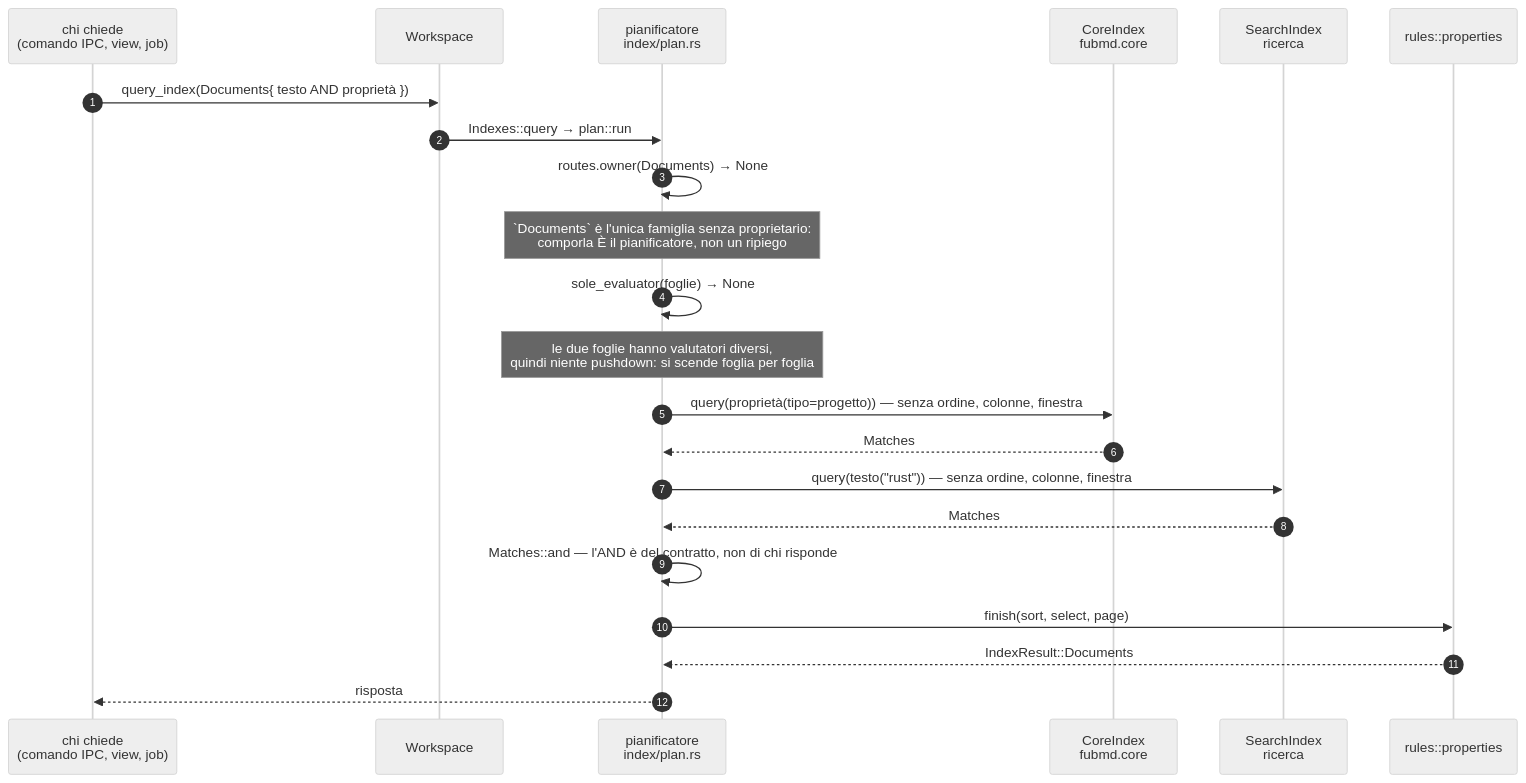
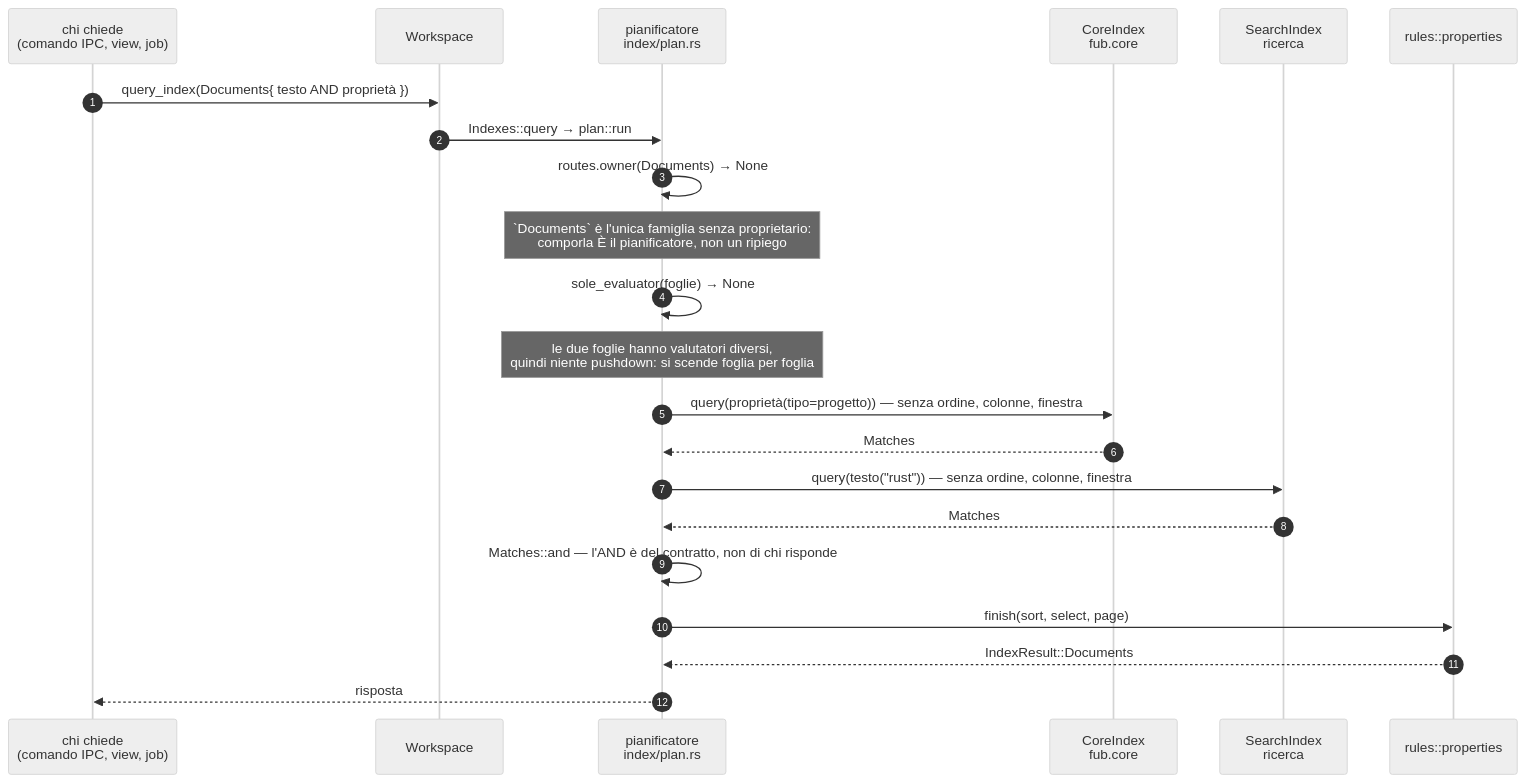
The second of 2 diagrams in docs/architecture/traits.md (Fubeo/Fub), drawn with Mermaid (neutral theme) before and after one commit. The commit also changed other lines of this file and 517 other files, not shown here.

````diff
--- a/docs/architecture/traits.md
+++ b/docs/architecture/traits.md
@@ -723,25 +723,25 @@
 ```mermaid
 sequenceDiagram
     autonumber
     participant C as chi chiede<br/>(comando IPC, view, job)
     participant W as Workspace
     participant P as pianificatore<br/>index/plan.rs
-    participant K as CoreIndex<br/>fubmd.core
+    participant K as CoreIndex<br/>fub.core
     participant S as SearchIndex<br/>ricerca
     participant R as rules::properties
 
     C->>W: query_index(Documents{ testo AND proprietà })
     W->>P: Indexes::query → plan::run
     P->>P: routes.owner(Documents) → None
     Note over P: `Documents` è l'unica famiglia senza proprietario:<br/>comporla È il pianificatore, non un ripiego
     P->>P: sole_evaluator(foglie) → None
     Note over P: le due foglie hanno valutatori diversi,<br/>quindi niente pushdown: si scende foglia per foglia
     P->>K: query(proprietà(tipo=progetto)) — senza ordine, colonne, finestra
     K-->>P: Matches
     P->>S: query(testo("rust")) — senza ordine, colonne, finestra
     S-->>P: Matches
     P->>P: Matches::and — l'AND è del contratto, non di chi risponde
     P->>R: finish(sort, select, page)
     R-->>P: IndexResult::Documents
     P-->>C: risposta
 ```
````
